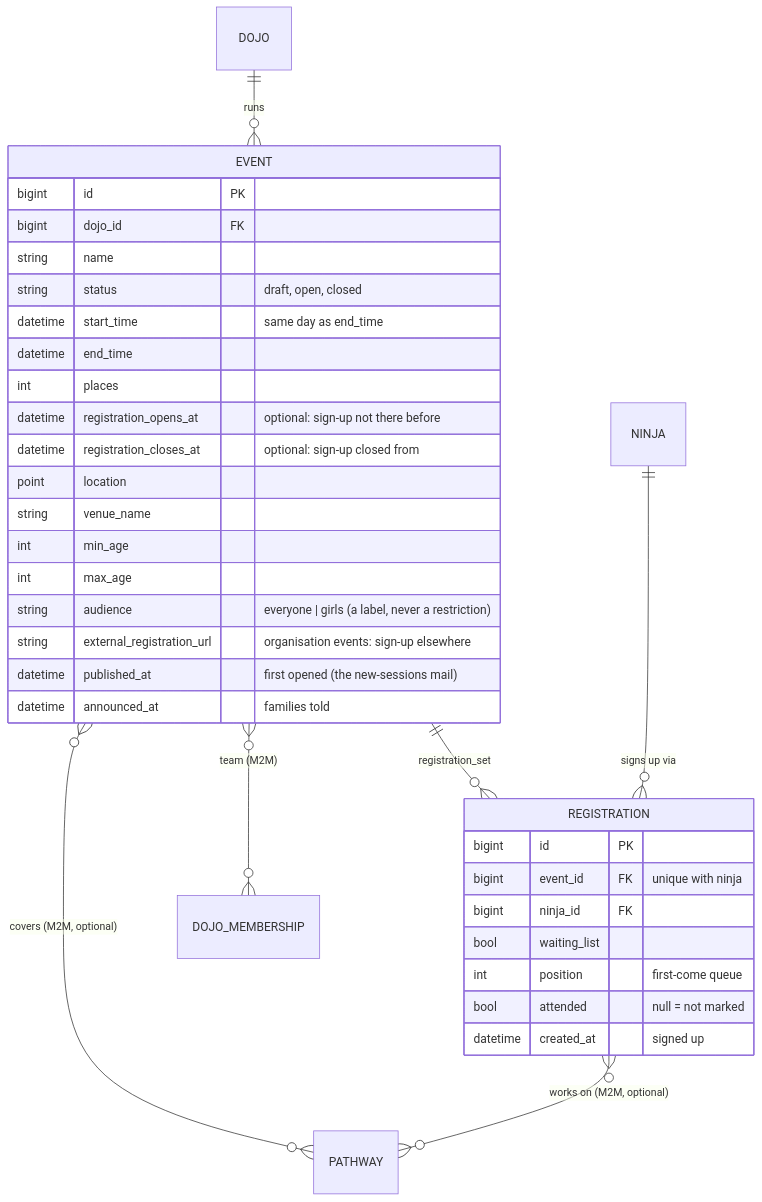
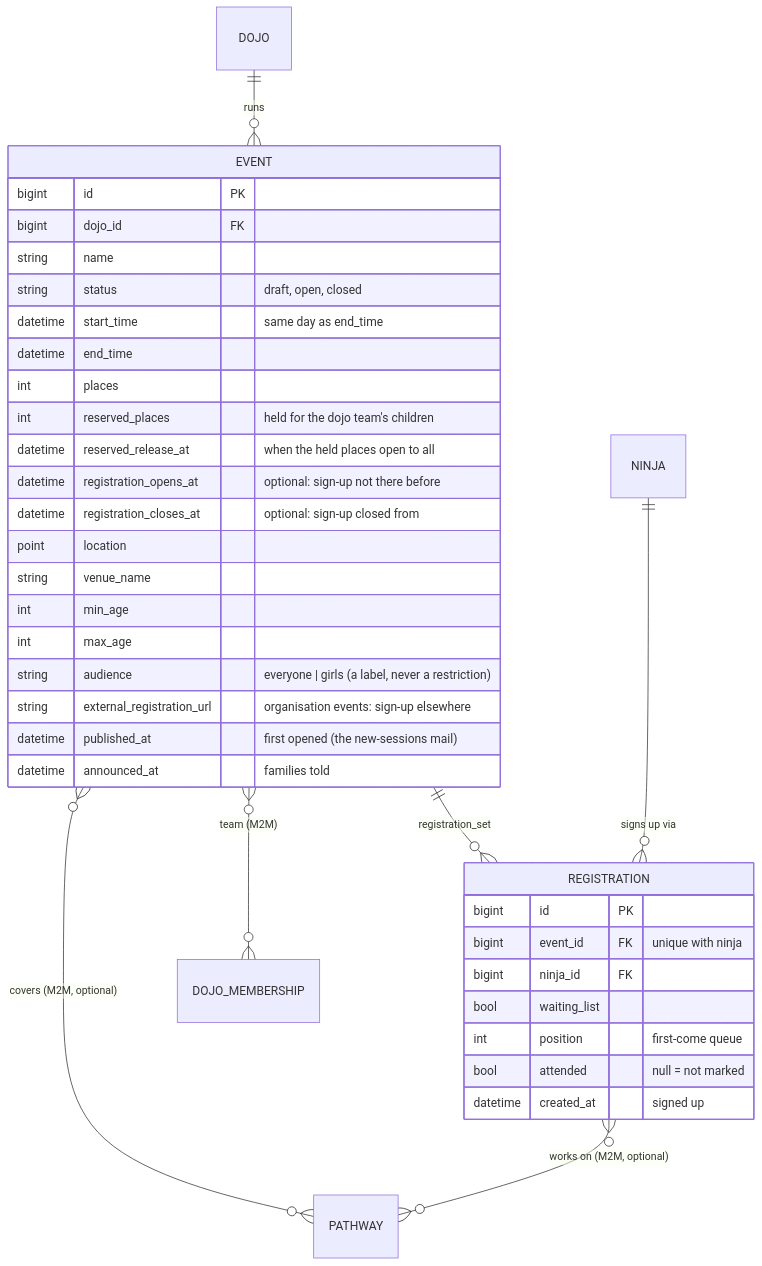
One commit to DoublG/coderdojo-event-registration changed the sixth of 23 diagrams in DATA_MODEL.md. Above: the diagram before and after it, drawn with Mermaid. The commit also changed other lines of this file and 20 other files, not shown here.

First line of the commit message:
Events: places held for the dojo team's children

````diff
--- a/DATA_MODEL.md
+++ b/DATA_MODEL.md
@@ -379,38 +379,40 @@
 ```mermaid
 erDiagram
     DOJO ||--o{ EVENT : "runs"
     EVENT ||--o{ REGISTRATION : "registration_set"
     NINJA ||--o{ REGISTRATION : "signs up via"
     EVENT }o--o{ PATHWAY : "covers (M2M, optional)"
     REGISTRATION }o--o{ PATHWAY : "works on (M2M, optional)"
     EVENT }o--o{ DOJO_MEMBERSHIP : "team (M2M)"
 
     EVENT {
         bigint id PK
         bigint dojo_id FK
         string name
         string status "draft, open, closed"
         datetime start_time "same day as end_time"
         datetime end_time
         int places
+        int reserved_places "held for the dojo team's children"
+        datetime reserved_release_at "when the held places open to all"
         datetime registration_opens_at "optional: sign-up not there before"
         datetime registration_closes_at "optional: sign-up closed from"
         point location
         string venue_name
         int min_age
         int max_age
         string audience "everyone | girls (a label, never a restriction)"
         string external_registration_url "organisation events: sign-up elsewhere"
         datetime published_at "first opened (the new-sessions mail)"
         datetime announced_at "families told"
     }
     REGISTRATION {
         bigint id PK
         bigint event_id FK "unique with ninja"
         bigint ninja_id FK
         bool waiting_list
         int position "first-come queue"
         bool attended "null = not marked"
         datetime created_at "signed up"
     }
 ```
````
